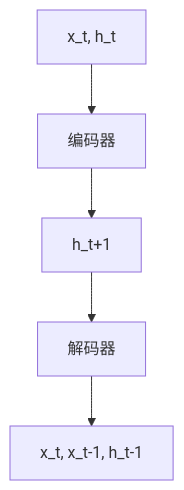
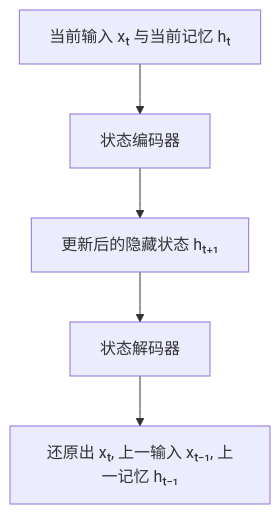
Before and after one commit to Nightre/StableRNN: the diagram in README.md, drawn with Mermaid. The commit also changed other lines of this file, not shown here.

````diff
--- a/README.md
+++ b/README.md
@@ -6,7 +13,7 @@
 ```mermaid
 graph TD
-    A[x_t, h_t] --> B[编码器]
-    B --> C[h_t+1]
-    C --> D[解码器]
-    D -->E[x_t, x_t-1, h_t-1]
+    A[当前输入 xₜ 与当前记忆 hₜ] --> B[状态编码器]
+    B --> C[更新后的隐藏状态 hₜ₊₁]
+    C --> D[状态解码器]
+    D --> E[还原出 xₜ, 上一输入 xₜ₋₁, 上一记忆 hₜ₋₁]
 ```
````
